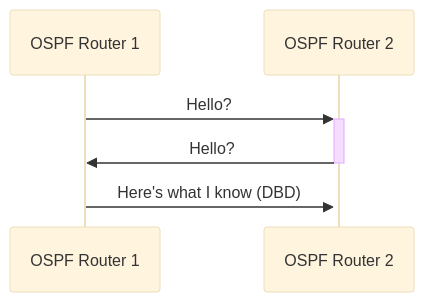
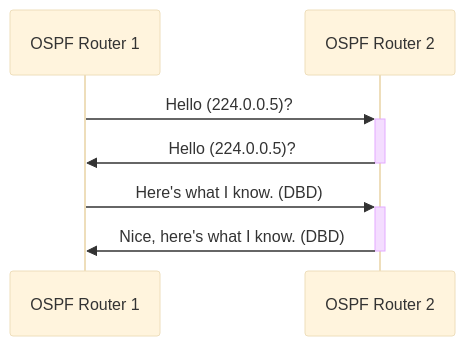
Before and after one commit to v-sec0/ccna-mdnotes: the diagram in Open Shortest Path First (OSPF).md, drawn with Mermaid (base theme).

Commit message:
vault backup: 2024-10-03 12:00:56

````diff
--- a/Open Shortest Path First (OSPF).md
+++ b/Open Shortest Path First (OSPF).md
@@ -91,6 +91,7 @@
 ```mermaid
 sequenceDiagram
-OSPF Router 1->>+OSPF Router 2: Hello?
-OSPF Router 2->>-OSPF Router 1: Hello?
-OSPF Router 1->>+OSPF Router 2: Here's what I know (DBD)
+OSPF Router 1->>+OSPF Router 2: Hello (224.0.0.5)?
+OSPF Router 2->>-OSPF Router 1: Hello (224.0.0.5)?
+OSPF Router 1->>+OSPF Router 2: Here's what I know. (DBD)
+OSPF Router 2->>-OSPF Router 1: Nice, here's what I know. (DBD)
 ```
````
